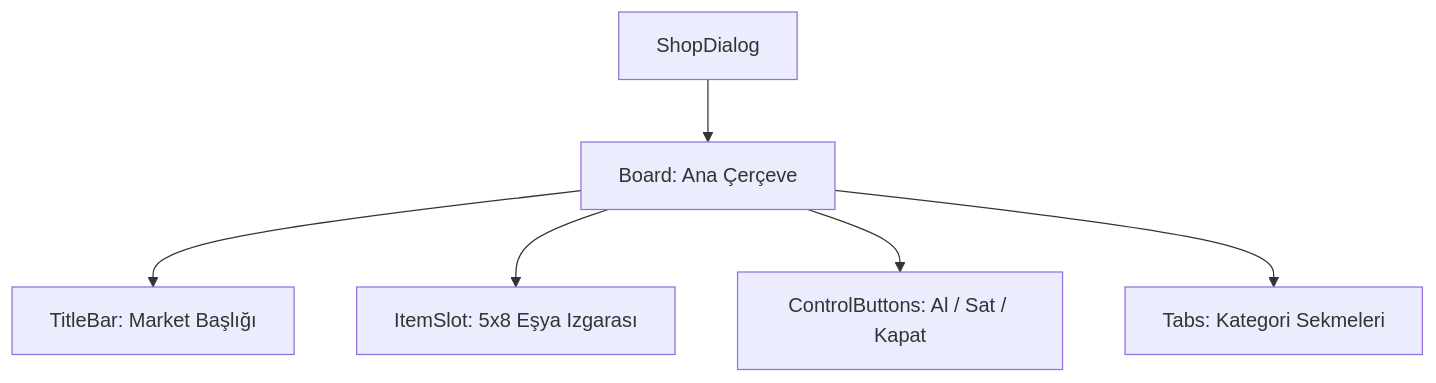
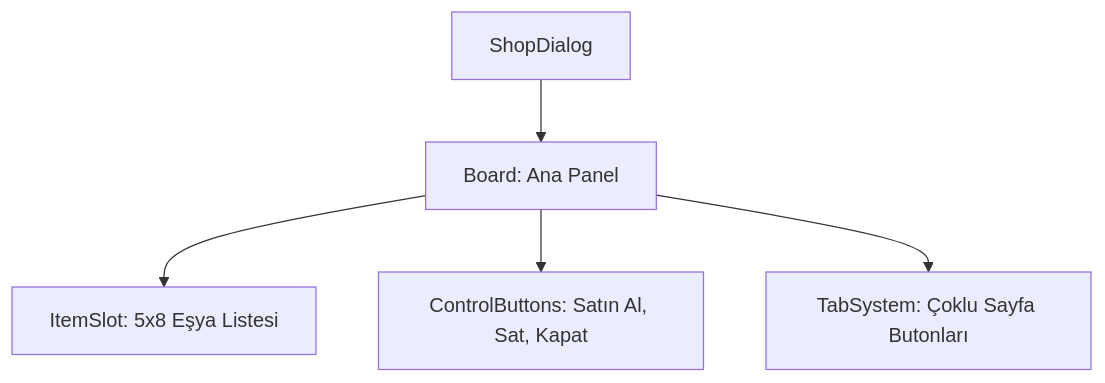
Before and after one commit to Engin622/Metin2-Pack-Agent-Skills: the diagram in uiscript/shopdialog/skills.md, drawn with Mermaid. The commit also changed other lines of this file and 10 other files, not shown here.

Commit message:
Documentation update: Core UIScript modules (Inventory, Character, Exchange, Shop, Messenger, MiniMap, Refine, Safebox, SystemOptions, Taskbar, Costume)

````diff
--- a/uiscript/shopdialog/skills.md
+++ b/uiscript/shopdialog/skills.md
@@ -46,8 +34,7 @@
 ```mermaid
 graph TD
-    A[ShopDialog] --> B[Board: Ana Çerçeve]
-    B --> C[TitleBar: Market Başlığı]
-    B --> D[ItemSlot: 5x8 Eşya Izgarası]
-    B --> E[ControlButtons: Al / Sat / Kapat]
-    B --> F[Tabs: Kategori Sekmeleri]
+    A[ShopDialog] --> B[Board: Ana Panel]
+    B --> C[ItemSlot: 5x8 Eşya Listesi]
+    B --> D[ControlButtons: Satın Al, Sat, Kapat]
+    B --> E[TabSystem: Çoklu Sayfa Butonları]
 ```
````
